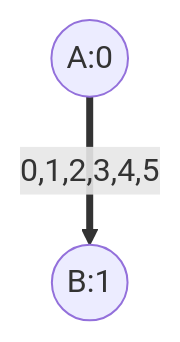
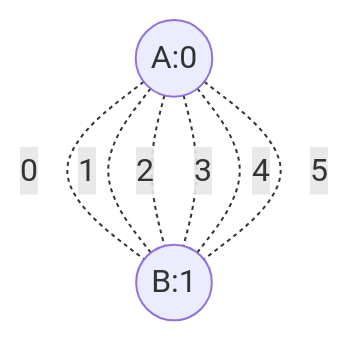
One commit to randomfunkstyle/randomfun2025swift changed the diagram in Resources/TestMaps/two_rooms_full.md. Above: the diagram before and after it, drawn with Mermaid. The commit also changed 12 other files, not shown here.

````diff
--- a/Resources/TestMaps/two_rooms_full.md
+++ b/Resources/TestMaps/two_rooms_full.md
@@ -3,7 +3,12 @@
 ```mermaid
 graph TD
     A((A:0))
     B((B:1))
     
-    A ==0,1,2,3,4,5==> B
+    A -.0.- B
+    A -.1.- B
+    A -.2.- B
+    A -.3.- B
+    A -.4.- B
+    A -.5.- B
 ```
````
